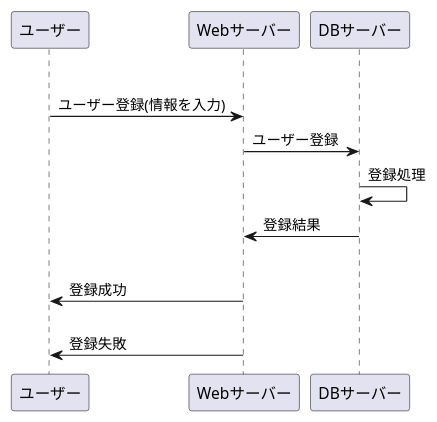
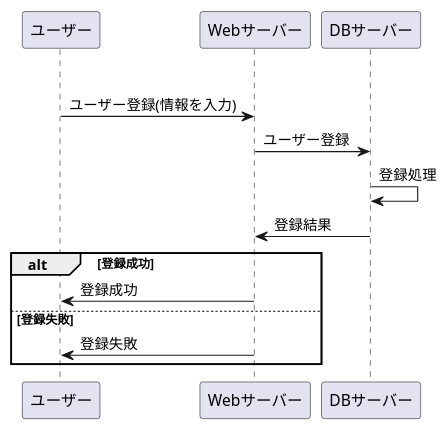
Before and after one commit to Aso2001147/system3: the second of 7 diagrams in 業務フロー図.md, drawn with PlantUML.

````diff
--- a/業務フロー図.md
+++ b/業務フロー図.md
@@ -47,14 +47,15 @@
  ```uml
- @startuml
+@startuml
 opt 未登録
 ユーザー -> Webサーバー : ユーザー登録(情報を入力)
 Webサーバー -> DBサーバー : ユーザー登録
 DBサーバー -> DBサーバー : 登録処理
 DBサーバー -> Webサーバー : 登録結果
 
 alt 登録成功
 Webサーバー -> ユーザー : 登録成功
 else 登録失敗
 Webサーバー -> ユーザー : 登録失敗
- @enduml
- ```
+end
+@enduml
+```
````
